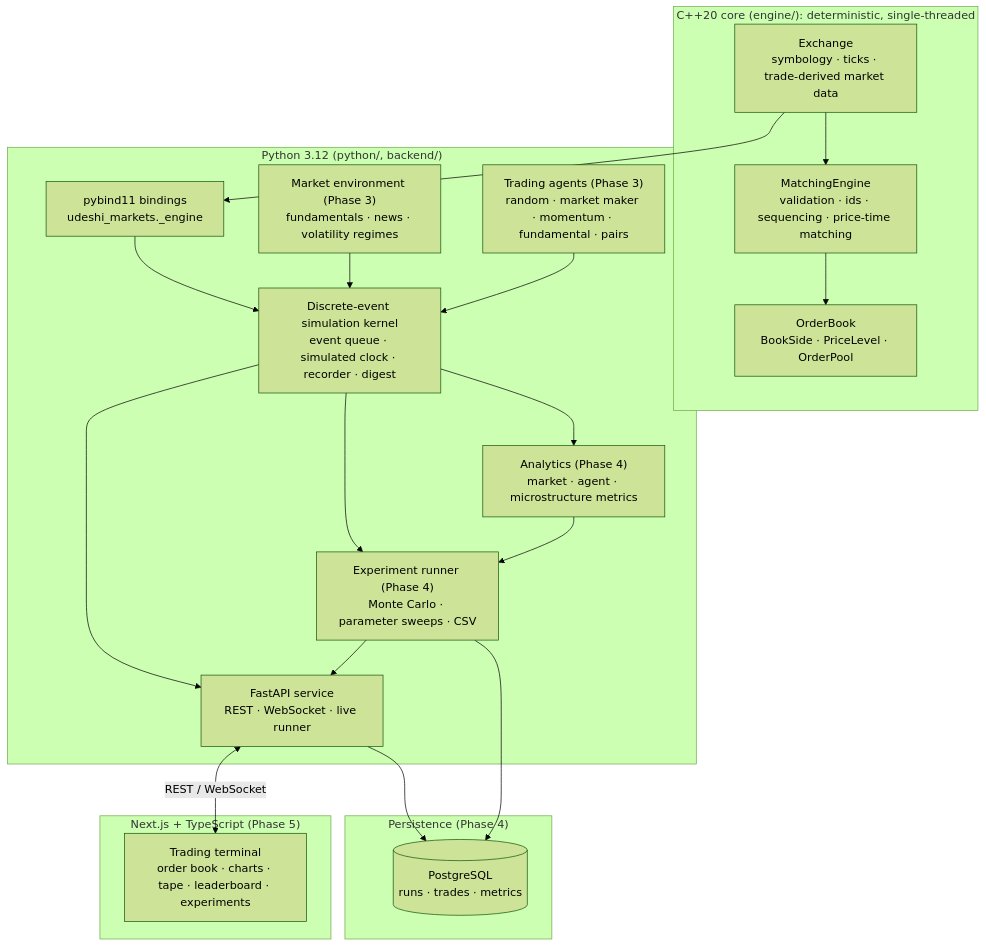
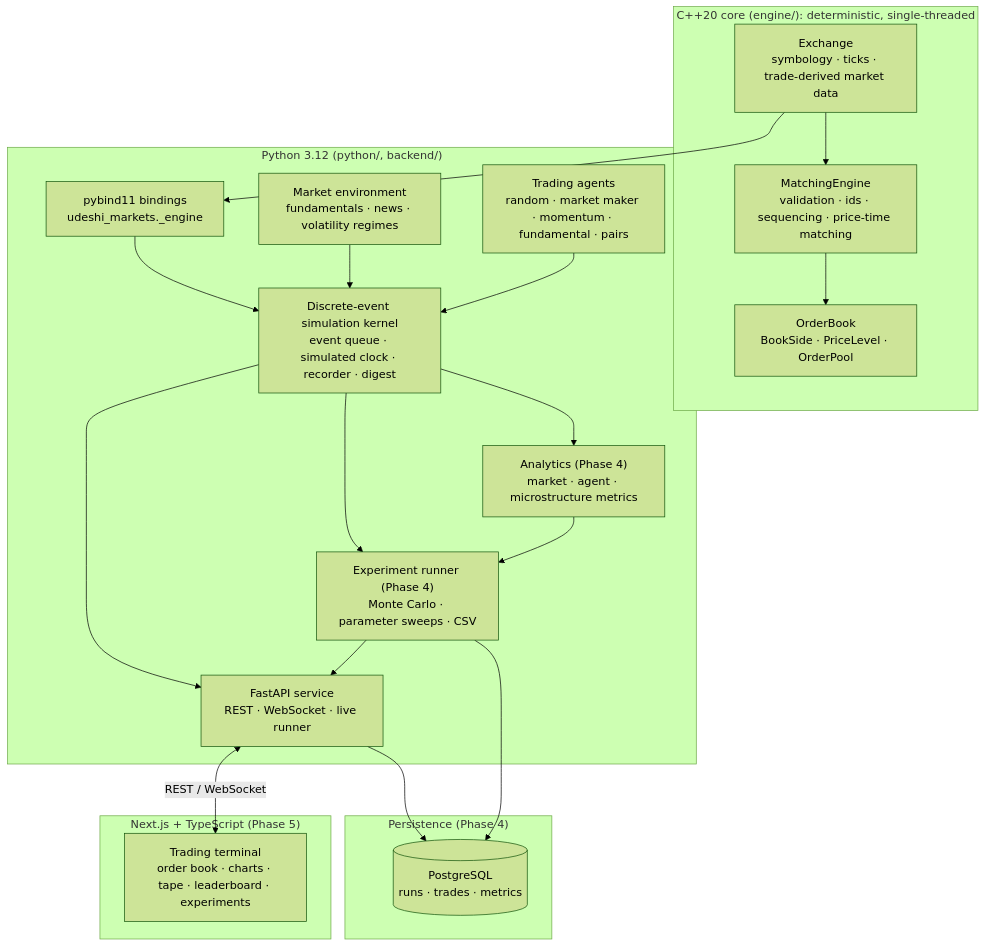
One commit to luvudeshi/udeshi-markets changed the first of 2 diagrams in docs/architecture.md. Above: the diagram before and after it, drawn with Mermaid (forest theme). The commit also changed other lines of this file and 5 other files, not shown here.

Commit message:
Docs: trading agents and market dynamics; README market example (tested)

````diff
--- a/docs/architecture.md
+++ b/docs/architecture.md
@@ -6,41 +6,41 @@
 ```mermaid
 flowchart TB
     subgraph Core["C++20 core (engine/): deterministic, single-threaded"]
         OB["OrderBook<br/>BookSide · PriceLevel · OrderPool"]
         ME["MatchingEngine<br/>validation · ids · sequencing · price-time matching"]
         EX["Exchange<br/>symbology · ticks · trade-derived market data"]
         ME --> OB
         EX --> ME
     end
 
     subgraph Py["Python 3.12 (python/, backend/)"]
         BIND["pybind11 bindings<br/>udeshi_markets._engine"]
         SIM["Discrete-event simulation kernel<br/>event queue · simulated clock · recorder · digest"]
-        ENV["Market environment (Phase 3)<br/>fundamentals · news · volatility regimes"]
-        AG["Trading agents (Phase 3)<br/>random · market maker · momentum · fundamental · pairs"]
+        ENV["Market environment<br/>fundamentals · news · volatility regimes"]
+        AG["Trading agents<br/>random · market maker · momentum · fundamental · pairs"]
         AN["Analytics (Phase 4)<br/>market · agent · microstructure metrics"]
         XP["Experiment runner (Phase 4)<br/>Monte Carlo · parameter sweeps · CSV"]
         API["FastAPI service<br/>REST · WebSocket · live runner"]
     end
 
     subgraph Data["Persistence (Phase 4)"]
         PG[("PostgreSQL<br/>runs · trades · metrics")]
     end
 
     subgraph UI["Next.js + TypeScript (Phase 5)"]
         FE["Trading terminal<br/>order book · charts · tape · leaderboard · experiments"]
     end
 
     EX --> BIND
     BIND --> SIM
     ENV --> SIM
     AG --> SIM
     SIM --> AN
     SIM --> XP
     AN --> XP
     SIM --> API
     XP --> API
     API --> PG
     XP --> PG
     API <-->|REST / WebSocket| FE
 ```
````
